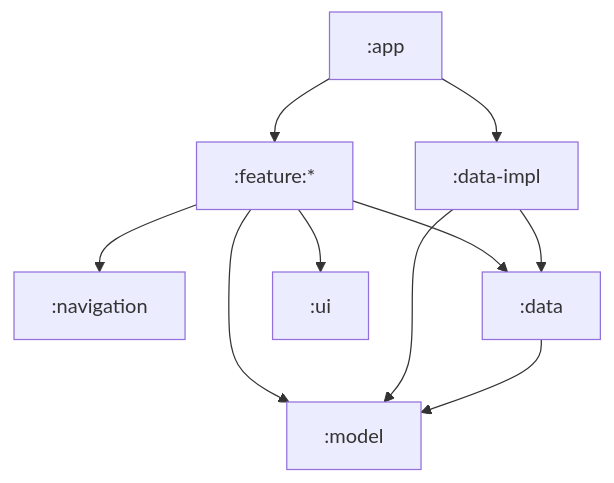
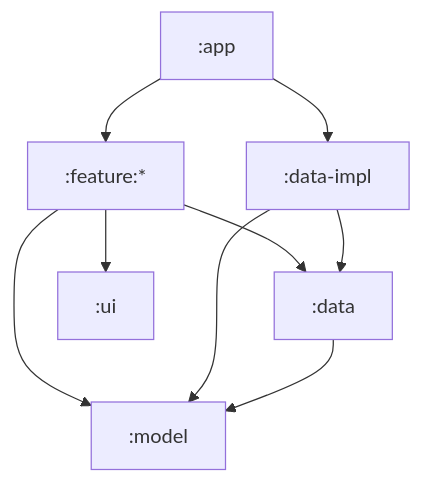
Before and after one commit to NUmeroAndDev/DagashiApp-android: the diagram in README.md, drawn with Mermaid.

Commit message:
Updated architecture graph

````diff
--- a/README.md
+++ b/README.md
@@ -11,12 +11,11 @@
 ```mermaid
   graph TD;
       :app-->:feature:*;
       :app-->:data-impl;
-      :feature:*-->:navigation;
       :feature:*-->:data;
       :feature:*-->:model;
       :feature:*-->:ui;
       :data-impl-->:data;
       :data-impl-->:model;
       :data-->:model;
 ```
````
